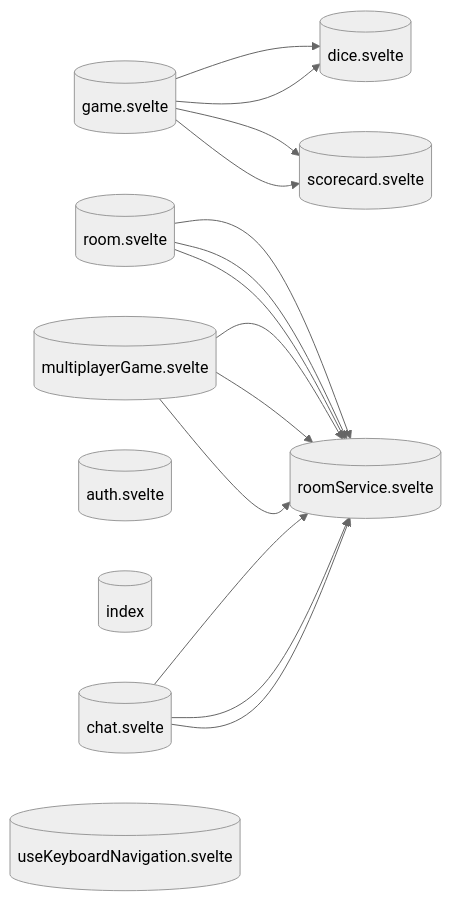
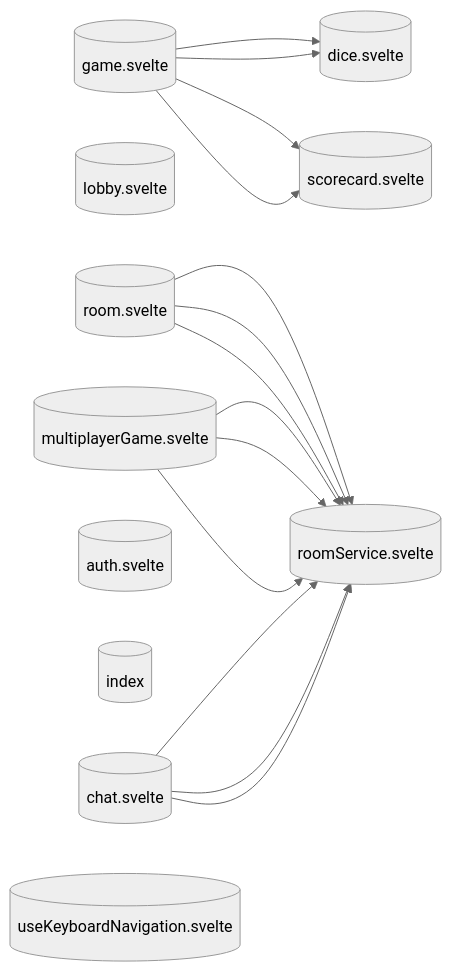
The diagram in docs/architecture/akg/diagrams/STORE_DEPENDENCIES.md (verlyn13/dicee), drawn with Mermaid (neutral theme) before and after one commit. The commit also changed other lines of this file and 35 other files, not shown here.

````diff
--- a/docs/architecture/akg/diagrams/STORE_DEPENDENCIES.md
+++ b/docs/architecture/akg/diagrams/STORE_DEPENDENCIES.md
@@ -13,27 +13,28 @@
 ```mermaid
 flowchart LR
     store__game_svelte__tores_game_svelte_ts[("game.svelte")]
+    store__lobby_svelte__ores_lobby_svelte_t[("lobby.svelte")]
     store__room_svelte__tores_room_svelte_ts[("room.svelte")]
     store__multiplayerGame_svelte__playerGam[("multiplayerGame.svelte")]
     store__scorecard_svelte___scorecard_svel[("scorecard.svelte")]
     store__dice_svelte__tores_dice_svelte_ts[("dice.svelte")]
     store__auth_svelte__tores_auth_svelte_ts[("auth.svelte")]
     store__index___lib_stores_index_ts[("index")]
     store__chat_svelte__tores_chat_svelte_ts[("chat.svelte")]
     store__useKeyboardNavigation_svelte__Nav[("useKeyboardNavigation.svelte")]
     store__roomService_svelte__oomService_sv[("roomService.svelte")]
 
     store__game_svelte__tores_game_svelte_ts --> store__dice_svelte__tores_dice_svelte_ts
     store__game_svelte__tores_game_svelte_ts --> store__scorecard_svelte___scorecard_svel
     store__game_svelte__tores_game_svelte_ts --> store__dice_svelte__tores_dice_svelte_ts
     store__game_svelte__tores_game_svelte_ts --> store__scorecard_svelte___scorecard_svel
     store__room_svelte__tores_room_svelte_ts --> store__roomService_svelte__oomService_sv
     store__room_svelte__tores_room_svelte_ts --> store__roomService_svelte__oomService_sv
     store__room_svelte__tores_room_svelte_ts --> store__roomService_svelte__oomService_sv
     store__multiplayerGame_svelte__playerGam --> store__roomService_svelte__oomService_sv
     store__multiplayerGame_svelte__playerGam --> store__roomService_svelte__oomService_sv
     store__multiplayerGame_svelte__playerGam --> store__roomService_svelte__oomService_sv
     store__chat_svelte__tores_chat_svelte_ts --> store__roomService_svelte__oomService_sv
     store__chat_svelte__tores_chat_svelte_ts --> store__roomService_svelte__oomService_sv
     store__chat_svelte__tores_chat_svelte_ts --> store__roomService_svelte__oomService_sv
 ```
````
